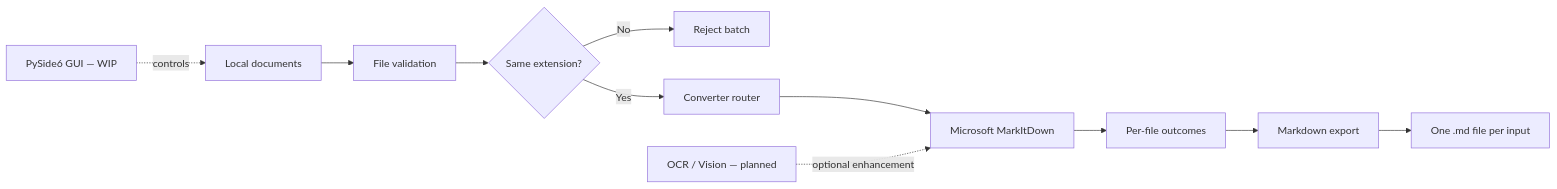
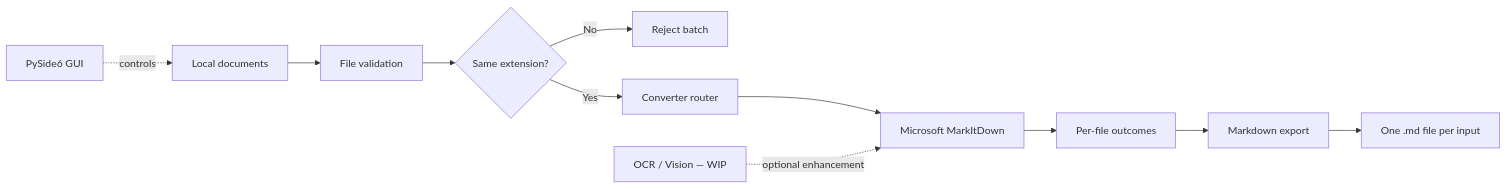
Before and after one commit to DrBham/Hybird-Document-To-Markdown: the diagram in README.md, drawn with Mermaid. The commit also changed other lines of this file and 12 other files, not shown here.

````diff
--- a/README.md
+++ b/README.md
@@ -139,14 +147,14 @@
 ```mermaid
 flowchart LR
     A[Local documents] --> B[File validation]
     B --> C{Same extension?}
     C -- No --> X[Reject batch]
     C -- Yes --> D[Converter router]
     D --> E[Microsoft MarkItDown]
     E --> F[Per-file outcomes]
     F --> G[Markdown export]
     G --> H[One .md file per input]
 
-    UI[PySide6 GUI — WIP] -. controls .-> A
-    V[OCR / Vision — planned] -. optional enhancement .-> E
+    UI[PySide6 GUI] -. controls .-> A
+    V[OCR / Vision — WIP] -. optional enhancement .-> E
 ```
````
